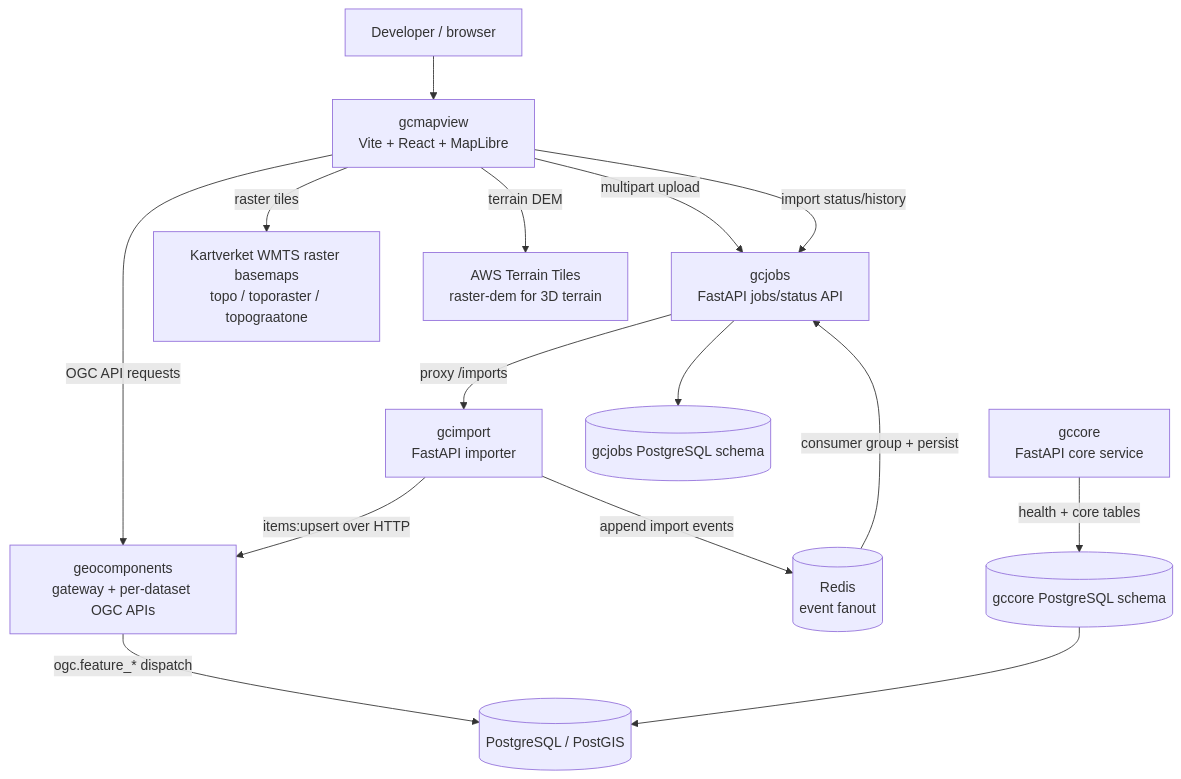
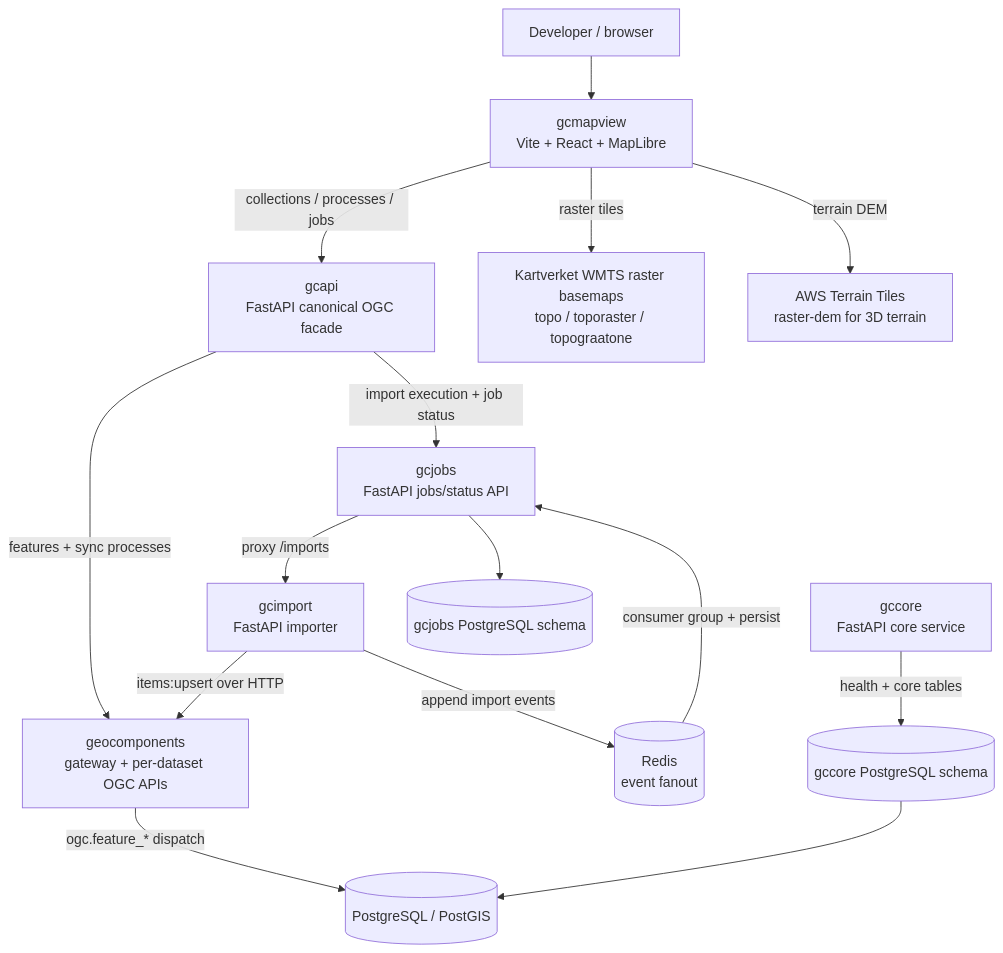
The first of 10 diagrams in docs/ARCHITECTURE.md (kartverket/topografisk-gdb-api), drawn with Mermaid before and after one commit. The commit also changed other lines of this file and 39 other files, not shown here.

Commit message:
introduce canonical gcapi

````diff
--- a/docs/ARCHITECTURE.md
+++ b/docs/ARCHITECTURE.md
@@ -13,30 +13,31 @@
 ```mermaid
 flowchart TB
   User["Developer / browser"]
   FE["gcmapview<br/>Vite + React + MapLibre"]
+  GCAPI["gcapi<br/>FastAPI canonical OGC facade"]
   IMP["gcimport<br/>FastAPI importer"]
   JOBS["gcjobs<br/>FastAPI jobs/status API"]
   CORE["gccore<br/>FastAPI core service"]
   API["geocomponents<br/>gateway + per-dataset OGC APIs"]
   REDIS[("Redis<br/>event fanout")]
   DB[("PostgreSQL / PostGIS")]
   JOBDB[("gcjobs PostgreSQL schema")]
   COREDB[("gccore PostgreSQL schema")]
   BASE["Kartverket WMTS raster basemaps<br/>topo / toporaster / topograatone"]
   TERRAIN["AWS Terrain Tiles<br/>raster-dem for 3D terrain"]
 
   User --> FE
-  FE -->|multipart upload| JOBS
-  FE -->|OGC API requests| API
-  FE -->|import status/history| JOBS
+  FE -->|collections / processes / jobs| GCAPI
   FE -->|raster tiles| BASE
   FE -->|terrain DEM| TERRAIN
+  GCAPI -->|features + sync processes| API
+  GCAPI -->|import execution + job status| JOBS
   JOBS -->|proxy /imports| IMP
   IMP -->|items:upsert over HTTP| API
   IMP -->|append import events| REDIS
   REDIS -->|consumer group + persist| JOBS
   API -->|ogc.feature_* dispatch| DB
   JOBS --> JOBDB
   CORE -->|health + core tables| COREDB
   COREDB --> DB
 ```
````
